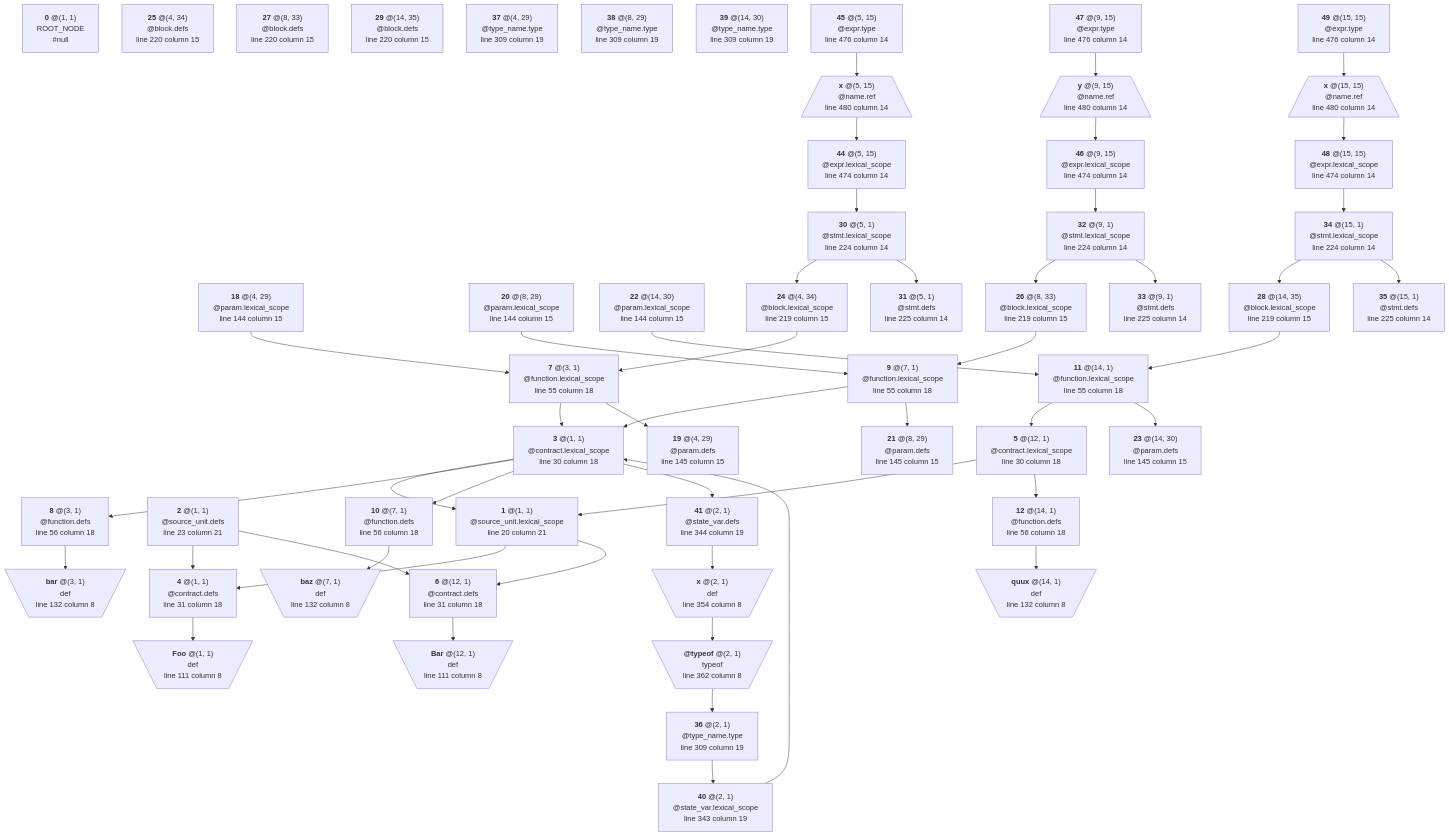
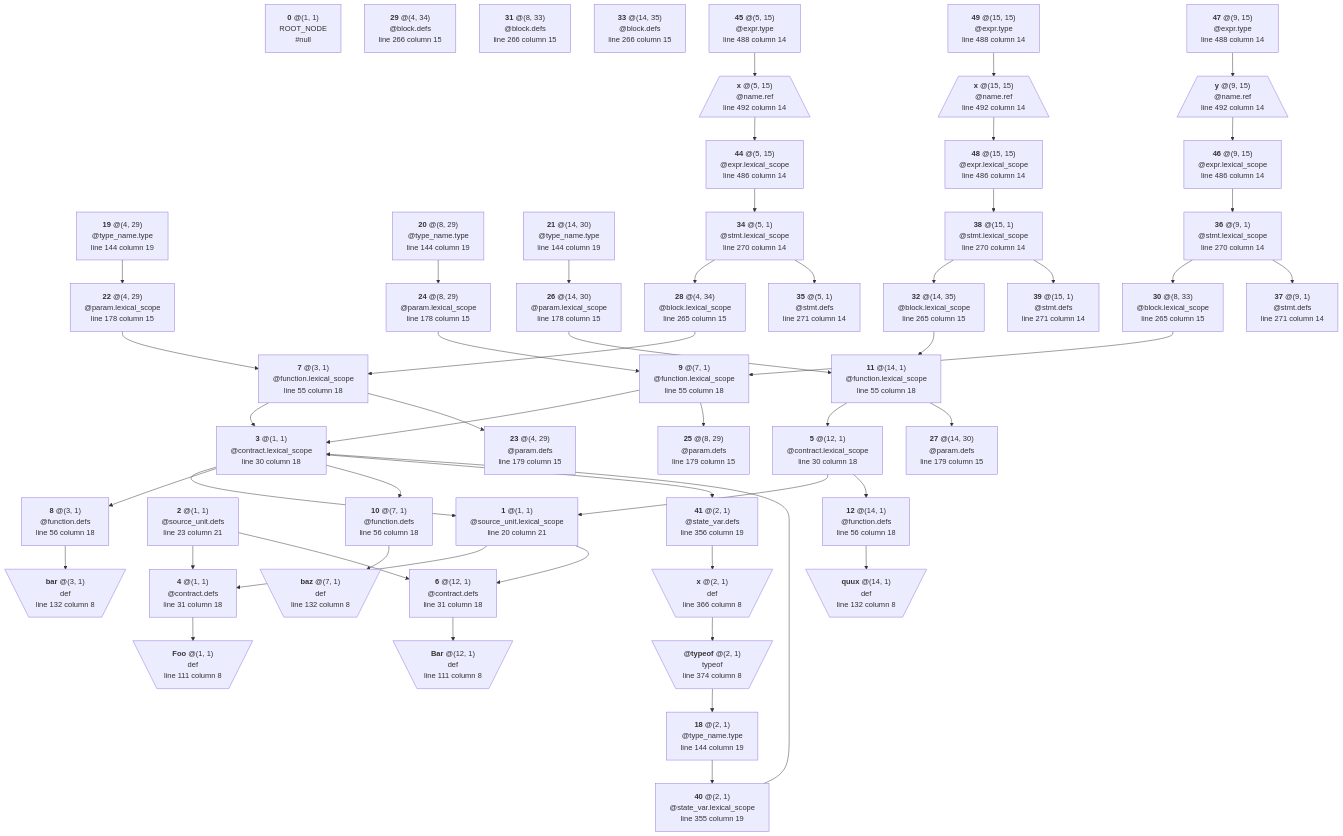
The diagram in crates/solidity/testing/snapshots/bindings_output/lexical/generated/state_vars.sol-0.5.0.mmd (manastech/slang), drawn with Mermaid before and after one commit. The commit also changed 16 other files, not shown here.

```diff
--- a/crates/solidity/testing/snapshots/bindings_output/lexical/generated/state_vars.sol-0.5.0.mmd
+++ b/crates/solidity/testing/snapshots/bindings_output/lexical/generated/state_vars.sol-0.5.0.mmd
@@ -36,7 +36,7 @@
 @function.lexical_scope
 line 55 column 18`"]
 	N7 --> N3
-	N7 --> N19
+	N7 --> N23
 	N8["`**8** @(3, 1)
 @function.defs
 line 56 column 18`"]
@@ -45,7 +45,7 @@
 @function.lexical_scope
 line 55 column 18`"]
 	N9 --> N3
-	N9 --> N21
+	N9 --> N25
 	N10["`**10** @(7, 1)
 @function.defs
 line 56 column 18`"]
@@ -54,7 +54,7 @@
 @function.lexical_scope
 line 55 column 18`"]
 	N11 --> N5
-	N11 --> N23
+	N11 --> N27
 	N12["`**12** @(14, 1)
 @function.defs
 line 56 column 18`"]
@@ -74,134 +74,137 @@
 	N17[\"`**quux** @(14, 1)
 def
 line 132 column 8`"/]
-	N18["`**18** @(4, 29)
+	N18["`**18** @(2, 1)
+@type_name.type
+line 144 column 19`"]
+	N18 --> N40
+	N19["`**19** @(4, 29)
+@type_name.type
+line 144 column 19`"]
+	N19 --> N22
+	N20["`**20** @(8, 29)
+@type_name.type
+line 144 column 19`"]
+	N20 --> N24
+	N21["`**21** @(14, 30)
+@type_name.type
+line 144 column 19`"]
+	N21 --> N26
+	N22["`**22** @(4, 29)
 @param.lexical_scope
-line 144 column 15`"]
-	N18 --> N7
-	N19["`**19** @(4, 29)
+line 178 column 15`"]
+	N22 --> N7
+	N23["`**23** @(4, 29)
 @param.defs
-line 145 column 15`"]
-	N20["`**20** @(8, 29)
+line 179 column 15`"]
+	N24["`**24** @(8, 29)
 @param.lexical_scope
-line 144 column 15`"]
-	N20 --> N9
-	N21["`**21** @(8, 29)
+line 178 column 15`"]
+	N24 --> N9
+	N25["`**25** @(8, 29)
 @param.defs
-line 145 column 15`"]
-	N22["`**22** @(14, 30)
+line 179 column 15`"]
+	N26["`**26** @(14, 30)
 @param.lexical_scope
-line 144 column 15`"]
-	N22 --> N11
-	N23["`**23** @(14, 30)
+line 178 column 15`"]
+	N26 --> N11
+	N27["`**27** @(14, 30)
 @param.defs
-line 145 column 15`"]
-	N24["`**24** @(4, 34)
+line 179 column 15`"]
+	N28["`**28** @(4, 34)
 @block.lexical_scope
-line 219 column 15`"]
-	N24 --> N7
-	N25["`**25** @(4, 34)
+line 265 column 15`"]
+	N28 --> N7
+	N29["`**29** @(4, 34)
 @block.defs
-line 220 column 15`"]
-	N26["`**26** @(8, 33)
+line 266 column 15`"]
+	N30["`**30** @(8, 33)
 @block.lexical_scope
-line 219 column 15`"]
-	N26 --> N9
-	N27["`**27** @(8, 33)
+line 265 column 15`"]
+	N30 --> N9
+	N31["`**31** @(8, 33)
 @block.defs
-line 220 column 15`"]
-	N28["`**28** @(14, 35)
+line 266 column 15`"]
+	N32["`**32** @(14, 35)
 @block.lexical_scope
-line 219 column 15`"]
-	N28 --> N11
-	N29["`**29** @(14, 35)
+line 265 column 15`"]
+	N32 --> N11
+	N33["`**33** @(14, 35)
 @block.defs
-line 220 column 15`"]
-	N30["`**30** @(5, 1)
+line 266 column 15`"]
+	N34["`**34** @(5, 1)
 @stmt.lexical_scope
-line 224 column 14`"]
-	N30 --> N24
-	N30 --> N31
-	N31["`**31** @(5, 1)
-@stmt.defs
-line 225 column 14`"]
-	N32["`**32** @(9, 1)
-@stmt.lexical_scope
-line 224 column 14`"]
-	N32 --> N26
-	N32 --> N33
-	N33["`**33** @(9, 1)
-@stmt.defs
-line 225 column 14`"]
-	N34["`**34** @(15, 1)
-@stmt.lexical_scope
-line 224 column 14`"]
+line 270 column 14`"]
 	N34 --> N28
 	N34 --> N35
-	N35["`**35** @(15, 1)
+	N35["`**35** @(5, 1)
 @stmt.defs
-line 225 column 14`"]
-	N36["`**36** @(2, 1)
-@type_name.type
-line 309 column 19`"]
-	N36 --> N40
-	N37["`**37** @(4, 29)
-@type_name.type
-line 309 column 19`"]
-	N38["`**38** @(8, 29)
-@type_name.type
-line 309 column 19`"]
-	N39["`**39** @(14, 30)
-@type_name.type
-line 309 column 19`"]
+line 271 column 14`"]
+	N36["`**36** @(9, 1)
+@stmt.lexical_scope
+line 270 column 14`"]
+	N36 --> N30
+	N36 --> N37
+	N37["`**37** @(9, 1)
+@stmt.defs
+line 271 column 14`"]
+	N38["`**38** @(15, 1)
+@stmt.lexical_scope
+line 270 column 14`"]
+	N38 --> N32
+	N38 --> N39
+	N39["`**39** @(15, 1)
+@stmt.defs
+line 271 column 14`"]
 	N40["`**40** @(2, 1)
 @state_var.lexical_scope
-line 343 column 19`"]
+line 355 column 19`"]
 	N40 --> N3
 	N41["`**41** @(2, 1)
 @state_var.defs
-line 344 column 19`"]
+line 356 column 19`"]
 	N41 --> N42
 	N42[\"`**x** @(2, 1)
 def
-line 354 column 8`"/]
+line 366 column 8`"/]
 	N42 --> N43
 	N43[\"`**@typeof** @(2, 1)
 typeof
-line 362 column 8`"/]
-	N43 --> N36
+line 374 column 8`"/]
+	N43 --> N18
 	N44["`**44** @(5, 15)
 @expr.lexical_scope
-line 474 column 14`"]
-	N44 --> N30
+line 486 column 14`"]
+	N44 --> N34
 	N45["`**45** @(5, 15)
 @expr.type
-line 476 column 14`"]
+line 488 column 14`"]
 	N45 --> N50
 	N46["`**46** @(9, 15)
 @expr.lexical_scope
-line 474 column 14`"]
-	N46 --> N32
+line 486 column 14`"]
+	N46 --> N36
 	N47["`**47** @(9, 15)
 @expr.type
-line 476 column 14`"]
+line 488 column 14`"]
 	N47 --> N51
 	N48["`**48** @(15, 15)
 @expr.lexical_scope
-line 474 column 14`"]
-	N48 --> N34
+line 486 column 14`"]
+	N48 --> N38
 	N49["`**49** @(15, 15)
 @expr.type
-line 476 column 14`"]
+line 488 column 14`"]
 	N49 --> N52
 	N50[/"`**x** @(5, 15)
 @name.ref
-line 480 column 14`"\]
+line 492 column 14`"\]
 	N50 --> N44
 	N51[/"`**y** @(9, 15)
 @name.ref
-line 480 column 14`"\]
+line 492 column 14`"\]
 	N51 --> N46
 	N52[/"`**x** @(15, 15)
 @name.ref
-line 480 column 14`"\]
+line 492 column 14`"\]
 	N52 --> N48
```
